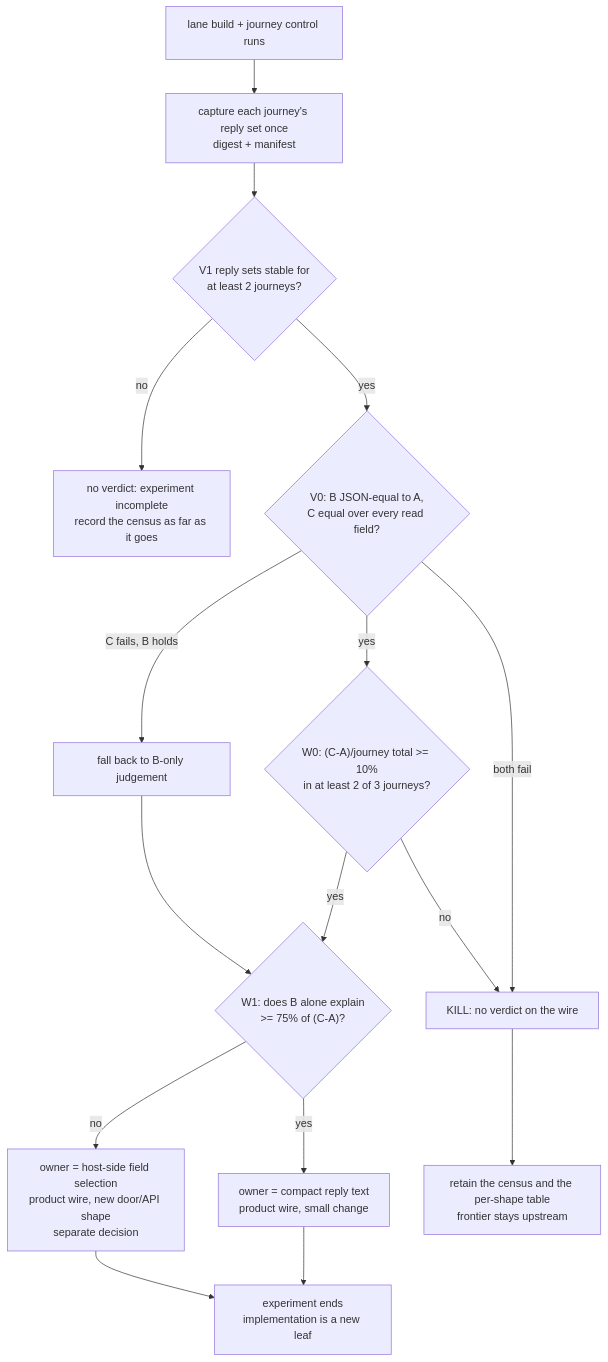
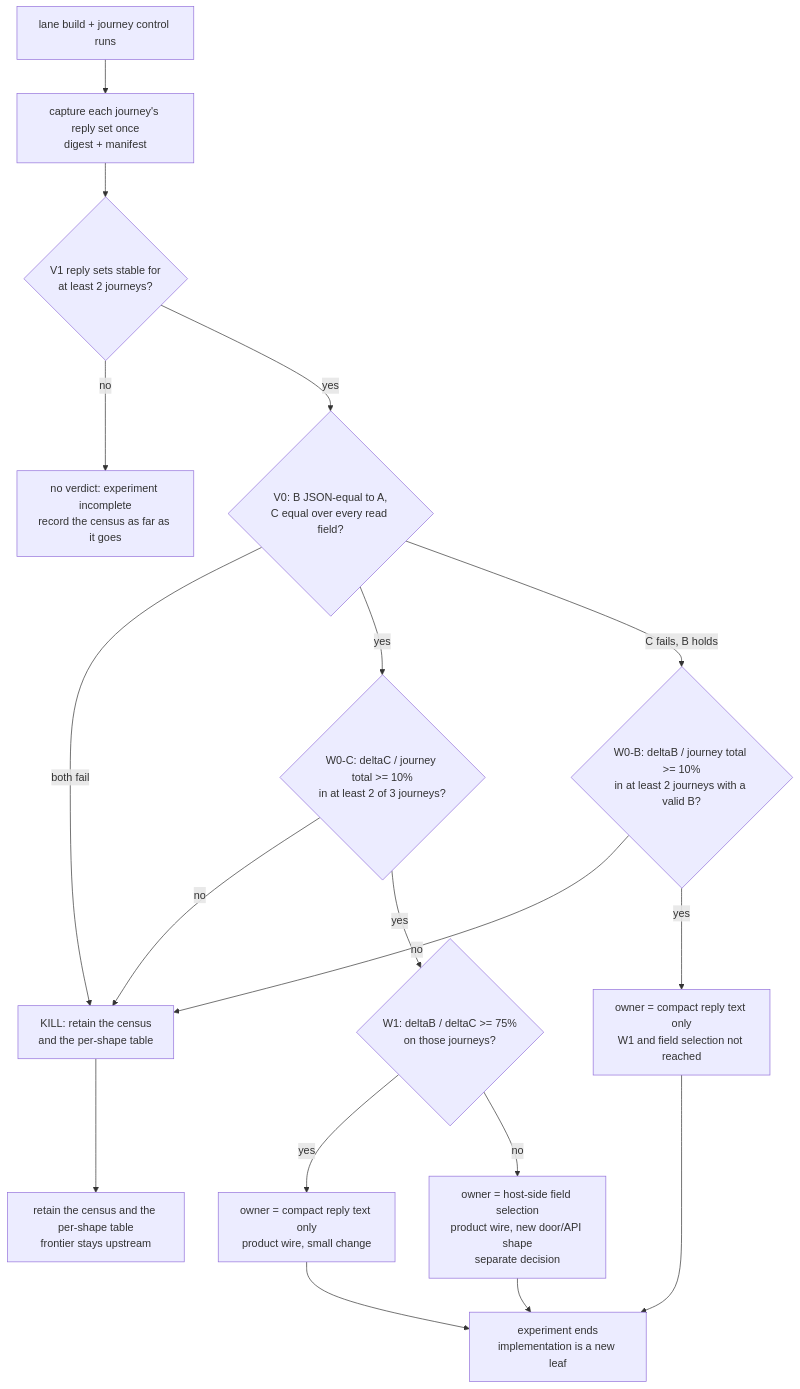
The diagram in plan/design-qjswasm-host-reply-wire-cost-experiment.md (partnernetsoftware/agenterm), drawn with Mermaid before and after one commit. The commit also changed other lines of this file, not shown here.

First line of the commit message:
docs(qjswasm): fix host-reply wire deltas and the B-only branch

````diff
--- a/plan/design-qjswasm-host-reply-wire-cost-experiment.md
+++ b/plan/design-qjswasm-host-reply-wire-cost-experiment.md
@@ -190,18 +198,20 @@
 ```mermaid
 flowchart TD
   START["lane build + journey control runs"] --> FREEZE["capture each journey's reply set once<br/>digest + manifest"]
   FREEZE --> CAP{"V1 reply sets stable for<br/>at least 2 journeys?"}
   CAP -->|no| NOV["no verdict: experiment incomplete<br/>record the census as far as it goes"]
   CAP -->|yes| V0{"V0: B JSON-equal to A,<br/>C equal over every read field?"}
-  V0 -->|both fail| KILL["KILL: no verdict on the wire"]
-  V0 -->|C fails, B holds| FB["fall back to B-only judgement"]
-  V0 -->|yes| W0{"W0: (C-A)/journey total >= 10%<br/>in at least 2 of 3 journeys?"}
-  W0 -->|no| KILL
-  W0 -->|yes| W1{"W1: does B alone explain<br/>>= 75% of (C-A)?"}
-  W1 -->|yes| OWN1["owner = compact reply text<br/>product wire, small change"]
+  V0 -->|both fail| KILL["KILL: retain the census<br/>and the per-shape table"]
+  V0 -->|yes| W0C{"W0-C: deltaC / journey total >= 10%<br/>in at least 2 of 3 journeys?"}
+  W0C -->|no| KILL
+  W0C -->|yes| W1{"W1: deltaB / deltaC >= 75%<br/>on those journeys?"}
+  W1 -->|yes| OWN1["owner = compact reply text only<br/>product wire, small change"]
   W1 -->|no| OWN2["owner = host-side field selection<br/>product wire, new door/API shape<br/>separate decision"]
-  FB --> W1
+  V0 -->|C fails, B holds| W0B{"W0-B: deltaB / journey total >= 10%<br/>in at least 2 journeys with a valid B?"}
+  W0B -->|no| KILL
+  W0B -->|yes| OWN1B["owner = compact reply text only<br/>W1 and field selection not reached"]
   OWN1 --> STOP["experiment ends<br/>implementation is a new leaf"]
+  OWN1B --> STOP
   OWN2 --> STOP
   KILL --> STOPS["retain the census and the per-shape table<br/>frontier stays upstream"]
 ```
````
